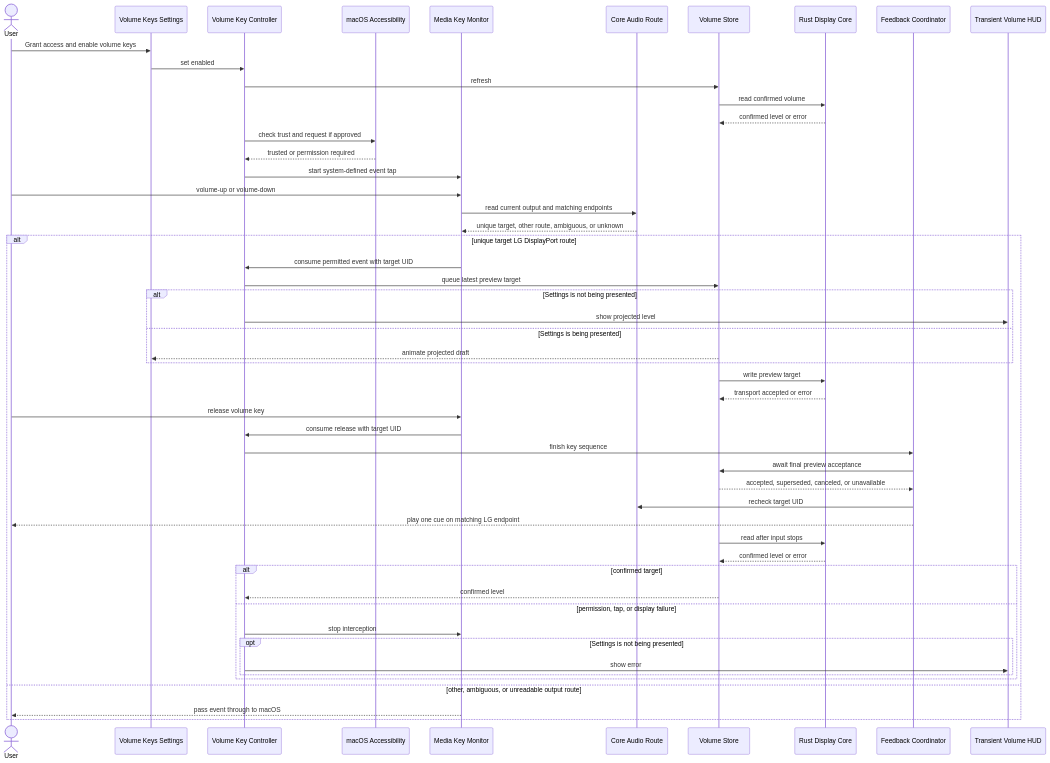
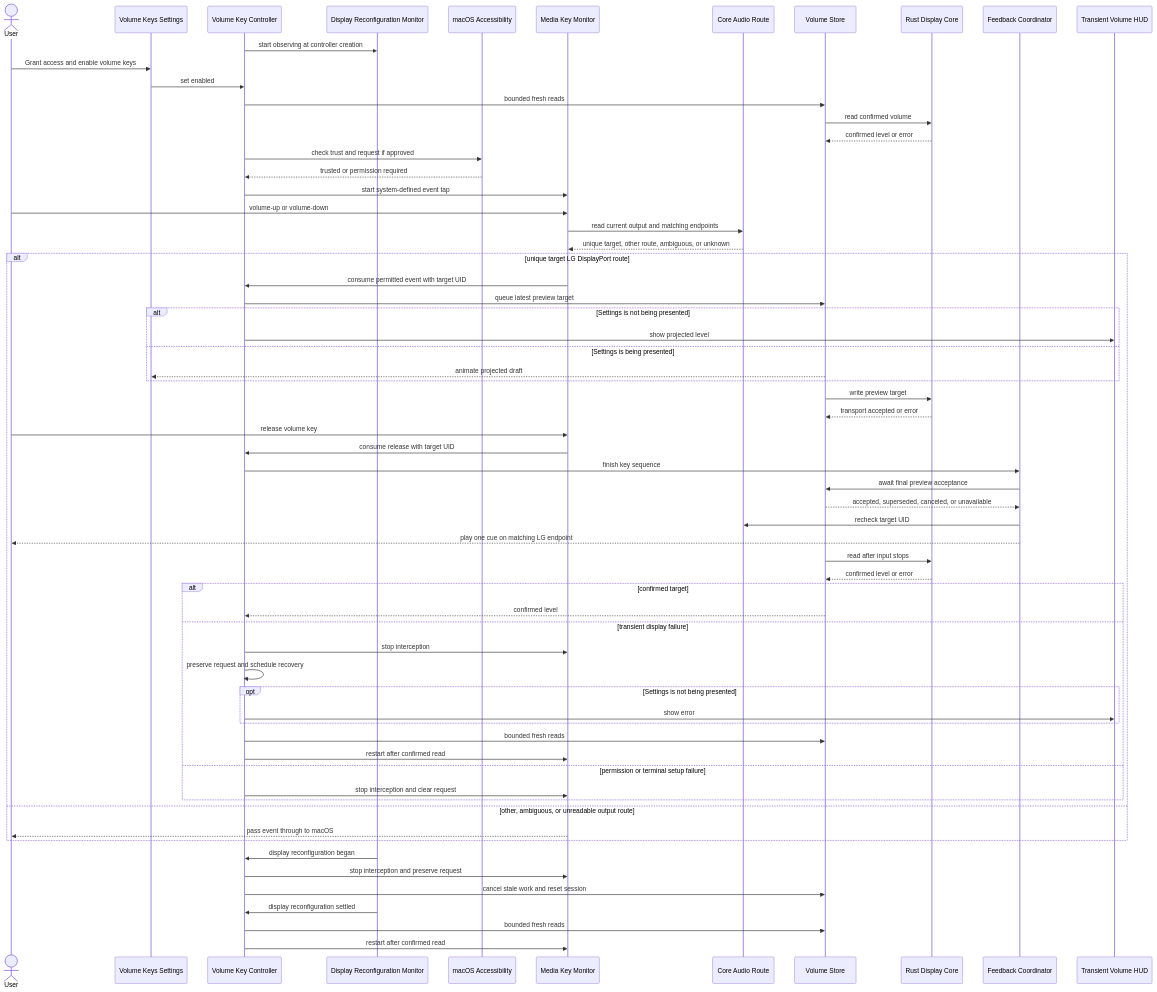
Before and after one commit to acg-box/deskhelm: the third of 3 diagrams in openwiki/architecture-and-runtime.md, drawn with Mermaid. The commit also changed other lines of this file and 17 other files, not shown here.

Commit message:
{"schema":"decodex/commit/2","change":"Recover keyboard volume control after display hot-plug","authority":"manual","impact":"compatible"}

````diff
--- a/openwiki/architecture-and-runtime.md
+++ b/openwiki/architecture-and-runtime.md
@@ -182,55 +182,68 @@
 ```mermaid
 sequenceDiagram
     actor User
     participant Settings as Volume Keys Settings
     participant VKC as Volume Key Controller
+    participant DisplayEvents as Display Reconfiguration Monitor
     participant AX as macOS Accessibility
     participant Tap as Media Key Monitor
     participant Audio as Core Audio Route
     participant Store as Volume Store
     participant Core as Rust Display Core
     participant Feedback as Feedback Coordinator
     participant HUD as Transient Volume HUD
 
+    VKC->>DisplayEvents: start observing at controller creation
     User->>Settings: Grant access and enable volume keys
     Settings->>VKC: set enabled
-    VKC->>Store: refresh
+    VKC->>Store: bounded fresh reads
     Store->>Core: read confirmed volume
     Core-->>Store: confirmed level or error
     VKC->>AX: check trust and request if approved
     AX-->>VKC: trusted or permission required
     VKC->>Tap: start system-defined event tap
     User->>Tap: volume-up or volume-down
     Tap->>Audio: read current output and matching endpoints
     Audio-->>Tap: unique target, other route, ambiguous, or unknown
     alt unique target LG DisplayPort route
         Tap->>VKC: consume permitted event with target UID
         VKC->>Store: queue latest preview target
         alt Settings is not being presented
             VKC->>HUD: show projected level
         else Settings is being presented
             Store-->>Settings: animate projected draft
         end
         Store->>Core: write preview target
         Core-->>Store: transport accepted or error
         User->>Tap: release volume key
         Tap->>VKC: consume release with target UID
         VKC->>Feedback: finish key sequence
         Feedback->>Store: await final preview acceptance
         Store-->>Feedback: accepted, superseded, canceled, or unavailable
         Feedback->>Audio: recheck target UID
         Feedback-->>User: play one cue on matching LG endpoint
         Store->>Core: read after input stops
         Core-->>Store: confirmed level or error
         alt confirmed target
             Store-->>VKC: confirmed level
-        else permission, tap, or display failure
+        else transient display failure
             VKC->>Tap: stop interception
+            VKC->>VKC: preserve request and schedule recovery
             opt Settings is not being presented
                 VKC->>HUD: show error
             end
+            VKC->>Store: bounded fresh reads
+            VKC->>Tap: restart after confirmed read
+        else permission or terminal setup failure
+            VKC->>Tap: stop interception and clear request
         end
     else other, ambiguous, or unreadable output route
         Tap-->>User: pass event through to macOS
     end
+    DisplayEvents->>VKC: display reconfiguration began
+    VKC->>Tap: stop interception and preserve request
+    VKC->>Store: cancel stale work and reset session
+    DisplayEvents->>VKC: display reconfiguration settled
+    VKC->>Store: bounded fresh reads
+    VKC->>Tap: restart after confirmed read
 ```
````
